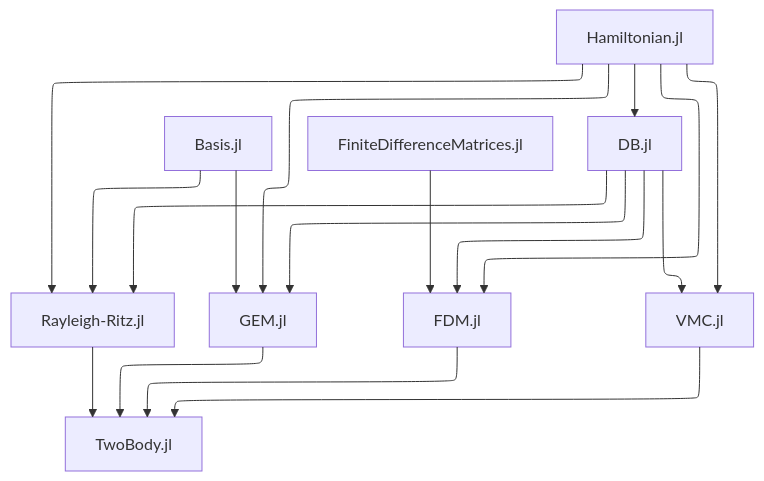
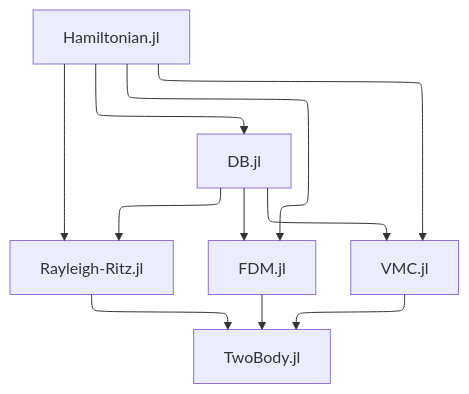
One commit to JuliaFewBody/TwoBody.jl changed the diagram in README.md. Above: the diagram before and after it, drawn with Mermaid.

Commit message:
Simplify dependency graph

````diff
--- a/README.md
+++ b/README.md
@@ -11,23 +11,18 @@
 ```mermaid
 ---
 config:
   layout: elk
   theme: mc
 ---
 flowchart TD
   A["Hamiltonian.jl"]
-  B["Basis.jl"]
   C["Rayleigh-Ritz.jl"]
-  D["GEM.jl"]
-  E["FiniteDifferenceMatrices.jl"]
   F["FDM.jl"]
   G["VMC.jl"]
   H["DB.jl"]
   Z["TwoBody.jl"]
   A --> H
-  A --> C & D & F & G
-  H --> C & D & F & G
-  B --> C & D
-  E --> F
-  C & D & F & G --> Z
+  A --> C & F & G
+  H --> C & F & G
+  C & F & G --> Z
 ```
````
